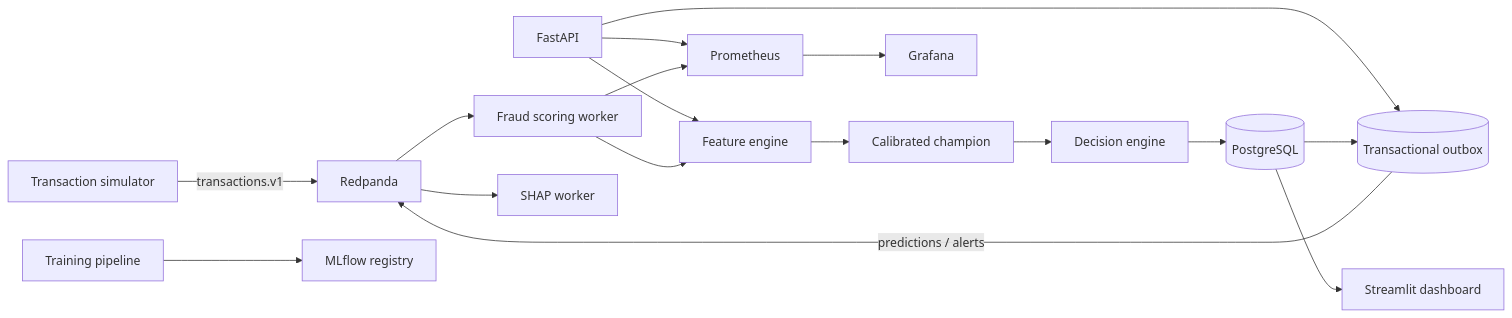
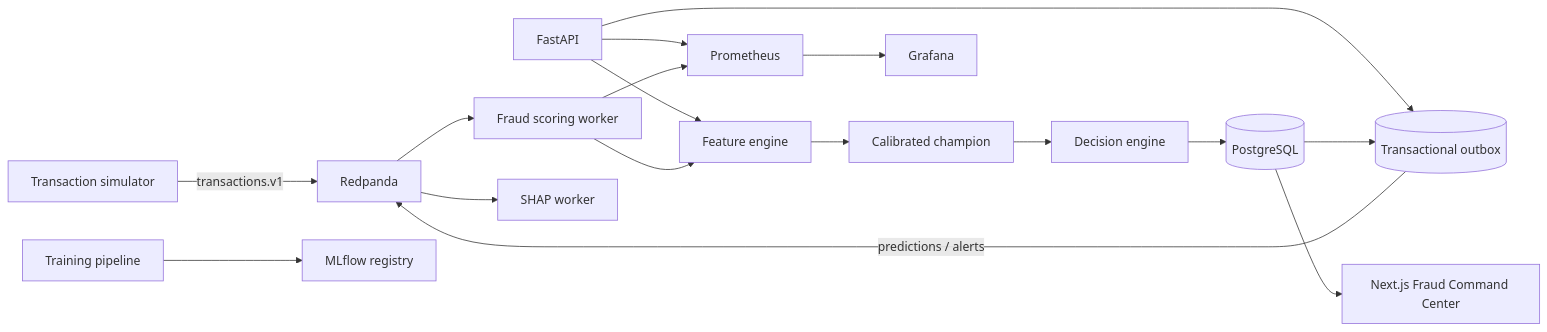
Before and after one commit to CenkAk/Real-Time-Fraud-Detection-Platform: the diagram in README.md, drawn with Mermaid. The commit also changed other lines of this file and 88 other files, not shown here.

Commit message:
Complete V1 fraud lifecycle and command center

````diff
--- a/README.md
+++ b/README.md
@@ -14,19 +14,19 @@
 ```mermaid
 flowchart LR
     S[Transaction simulator] -->|transactions.v1| K[Redpanda]
     A[FastAPI] --> O[(Transactional outbox)]
     K --> W[Fraud scoring worker]
     A --> F[Feature engine]
     W --> F
     F --> M[Calibrated champion]
     M --> D[Decision engine]
     D --> P[(PostgreSQL)]
     P --> O
     O -->|predictions / alerts| K
     K --> X[SHAP worker]
-    P --> UI[Streamlit dashboard]
+    P --> UI[Next.js Fraud Command Center]
     A --> PR[Prometheus]
     W --> PR
     PR --> G[Grafana]
     T[Training pipeline] --> ML[MLflow registry]
 ```
````
